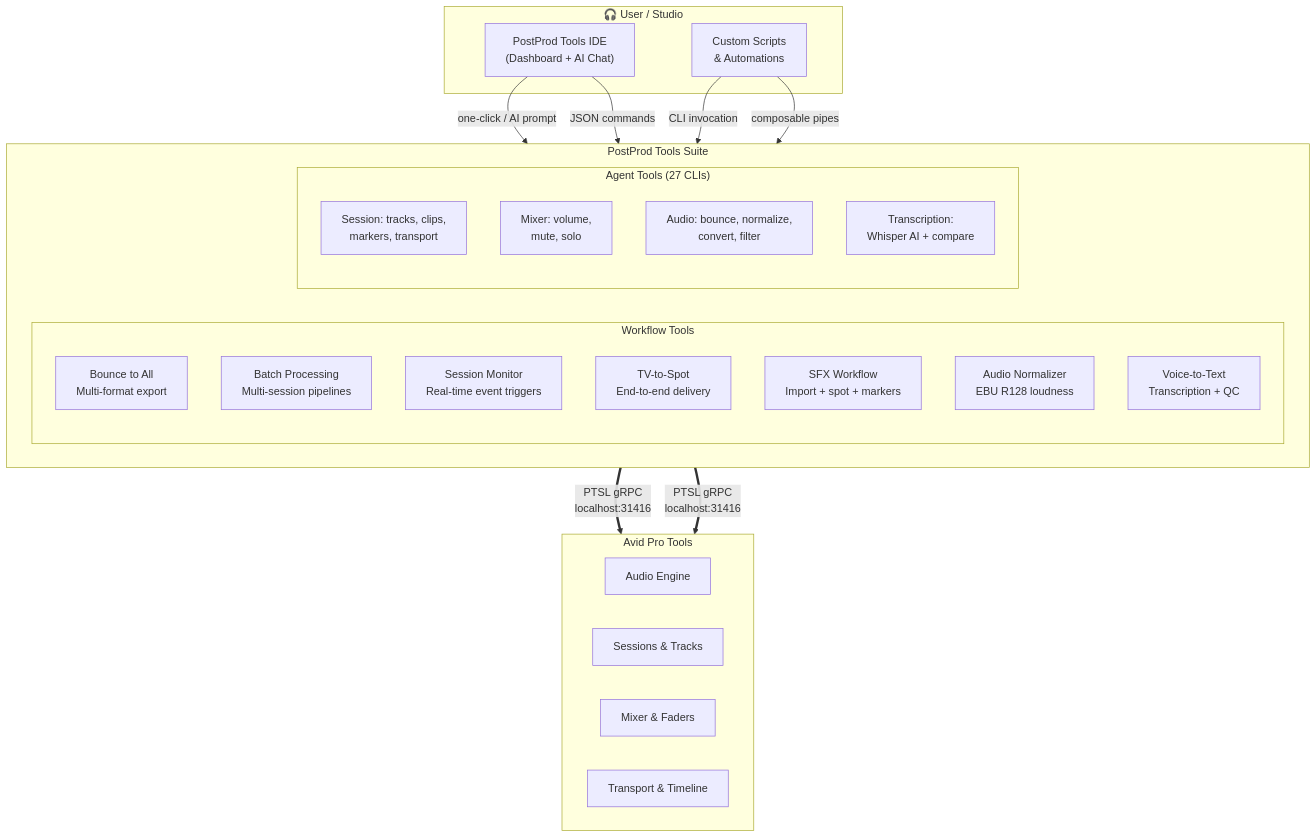
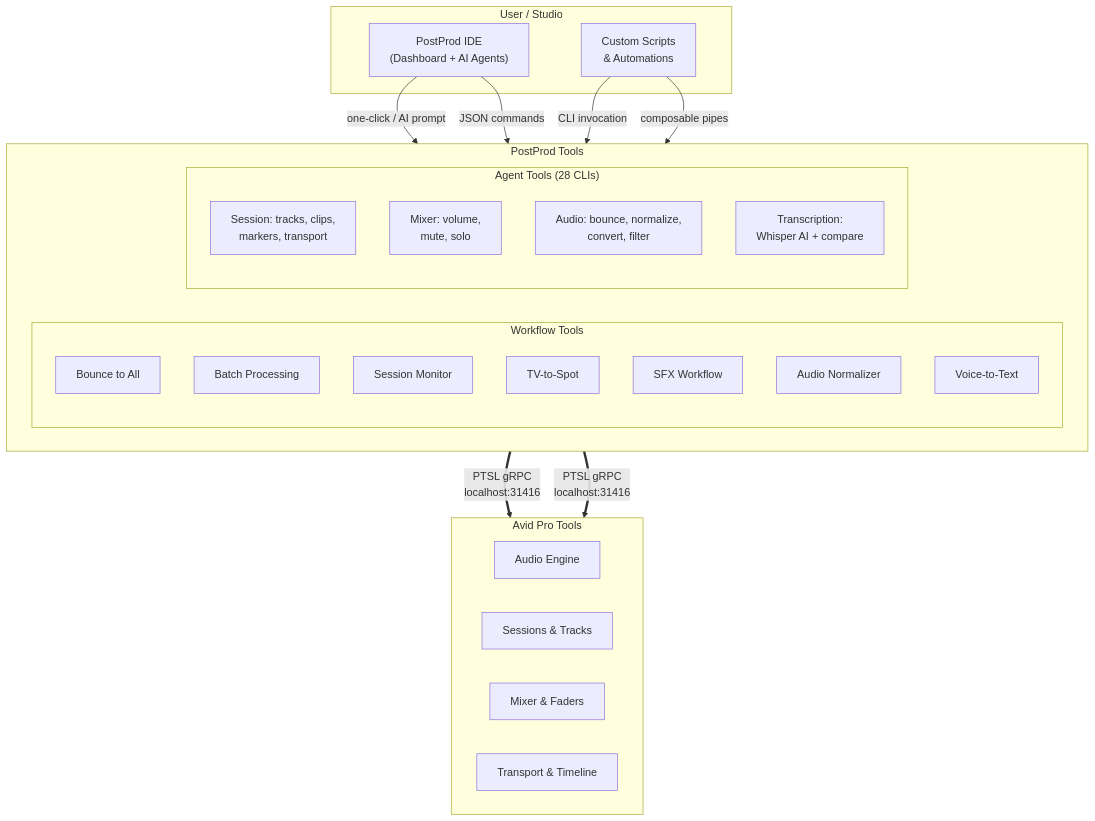
One commit to Caio-Ze/postprod-tools changed the diagram in README.md. Above: the diagram before and after it, drawn with Mermaid. The commit also changed other lines of this file and 4 other files, not shown here.

````diff
--- a/README.md
+++ b/README.md
@@ -152,41 +132,41 @@
 ```mermaid
 flowchart TB
-    subgraph USER["🎧 User / Studio"]
-        IDE["PostProd Tools IDE\n(Dashboard + AI Chat)"]
+    subgraph USER["User / Studio"]
+        IDE["PostProd IDE\n(Dashboard + AI Agents)"]
         SCRIPTS["Custom Scripts\n& Automations"]
     end
 
-    subgraph PPT["PostProd Tools Suite"]
+    subgraph PPT["PostProd Tools"]
         direction LR
         subgraph WF["Workflow Tools"]
-            BOUNCE["Bounce to All\nMulti-format export"]
-            BATCH["Batch Processing\nMulti-session pipelines"]
-            MONITOR["Session Monitor\nReal-time event triggers"]
-            TVSPOT["TV-to-Spot\nEnd-to-end delivery"]
-            SFX["SFX Workflow\nImport + spot + markers"]
-            NORM["Audio Normalizer\nEBU R128 loudness"]
-            VTT["Voice-to-Text\nTranscription + QC"]
+            BOUNCE["Bounce to All"]
+            BATCH["Batch Processing"]
+            MONITOR["Session Monitor"]
+            TVSPOT["TV-to-Spot"]
+            SFX["SFX Workflow"]
+            NORM["Audio Normalizer"]
+            VTT["Voice-to-Text"]
         end
-        subgraph AT["Agent Tools (27 CLIs)"]
+        subgraph AT["Agent Tools (28 CLIs)"]
             SESSION["Session: tracks, clips,\nmarkers, transport"]
             MIXER["Mixer: volume,\nmute, solo"]
             AUDIO["Audio: bounce, normalize,\nconvert, filter"]
             TRANSCRIPT["Transcription:\nWhisper AI + compare"]
         end
     end
 
     subgraph PT["Avid Pro Tools"]
         ENGINE["Audio Engine"]
         SESS["Sessions & Tracks"]
         MIX["Mixer & Faders"]
         TRANSP["Transport & Timeline"]
     end
 
     IDE -->|"one-click / AI prompt"| WF
     IDE -->|"JSON commands"| AT
     SCRIPTS -->|"CLI invocation"| WF
     SCRIPTS -->|"composable pipes"| AT
 
     WF ==>|"PTSL gRPC\nlocalhost:31416"| PT
     AT ==>|"PTSL gRPC\nlocalhost:31416"| PT
 ```
````
